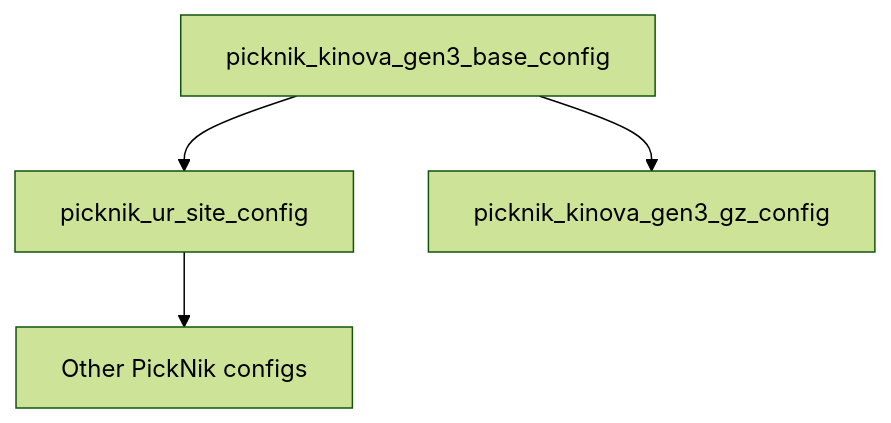
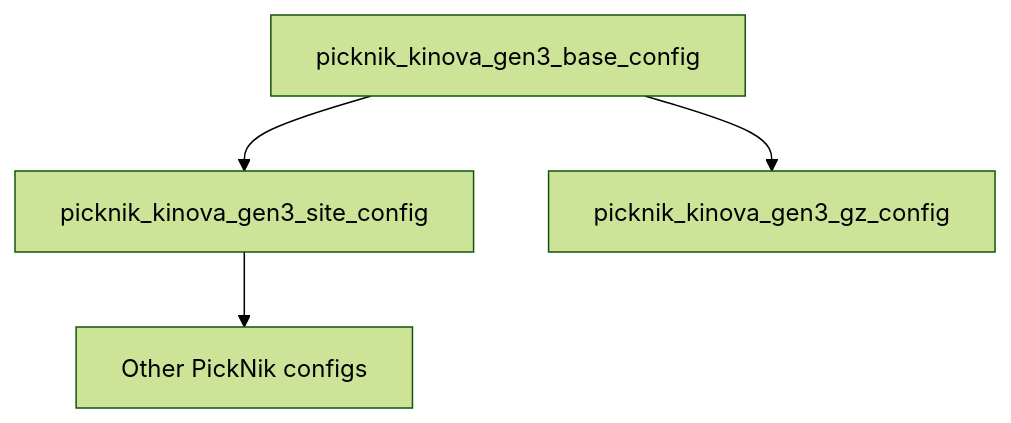
One commit to PickNikRobotics/moveit_studio_kortex_ws changed the diagram in README.md. Above: the diagram before and after it, drawn with Mermaid (forest theme).

````diff
--- a/README.md
+++ b/README.md
@@ -22,6 +22,6 @@
 ```mermaid
 graph TB
-Base[picknik_kinova_gen3_base_config] --> Site[picknik_ur_site_config]
+Base[picknik_kinova_gen3_base_config] --> Site[picknik_kinova_gen3_site_config]
 Base --> Gazebo[picknik_kinova_gen3_gz_config]
 Site --> Picknik[Other PickNik configs]
 ```
````
